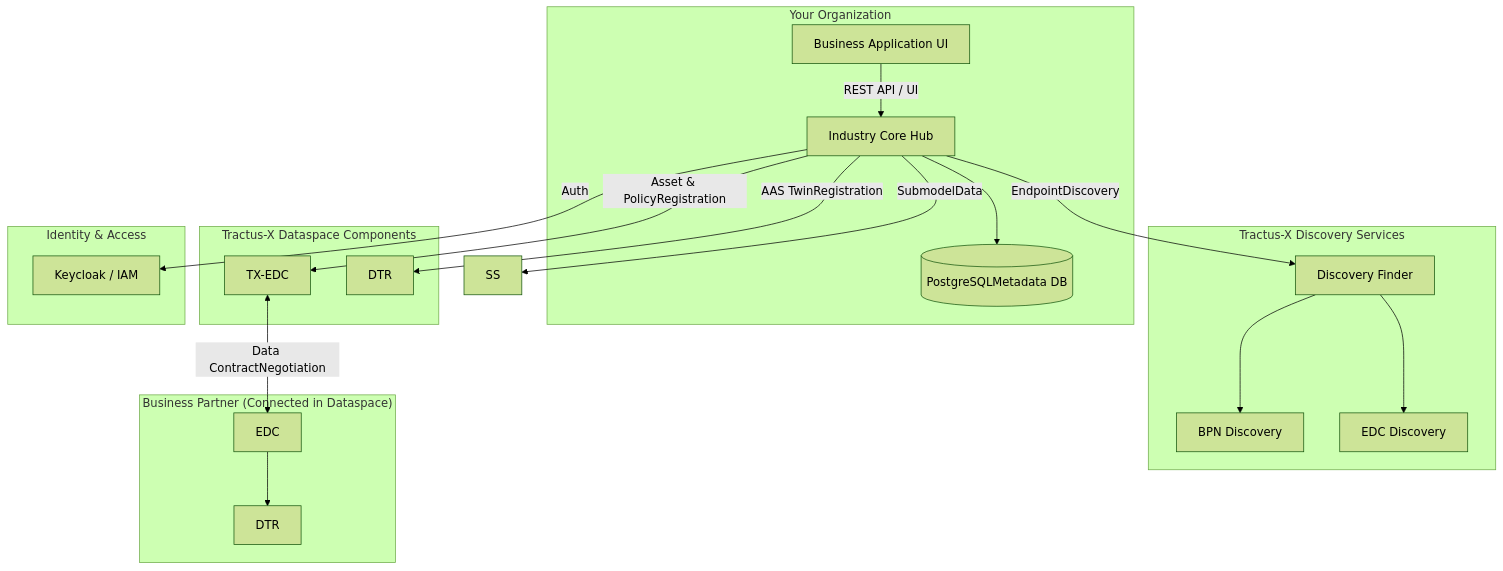
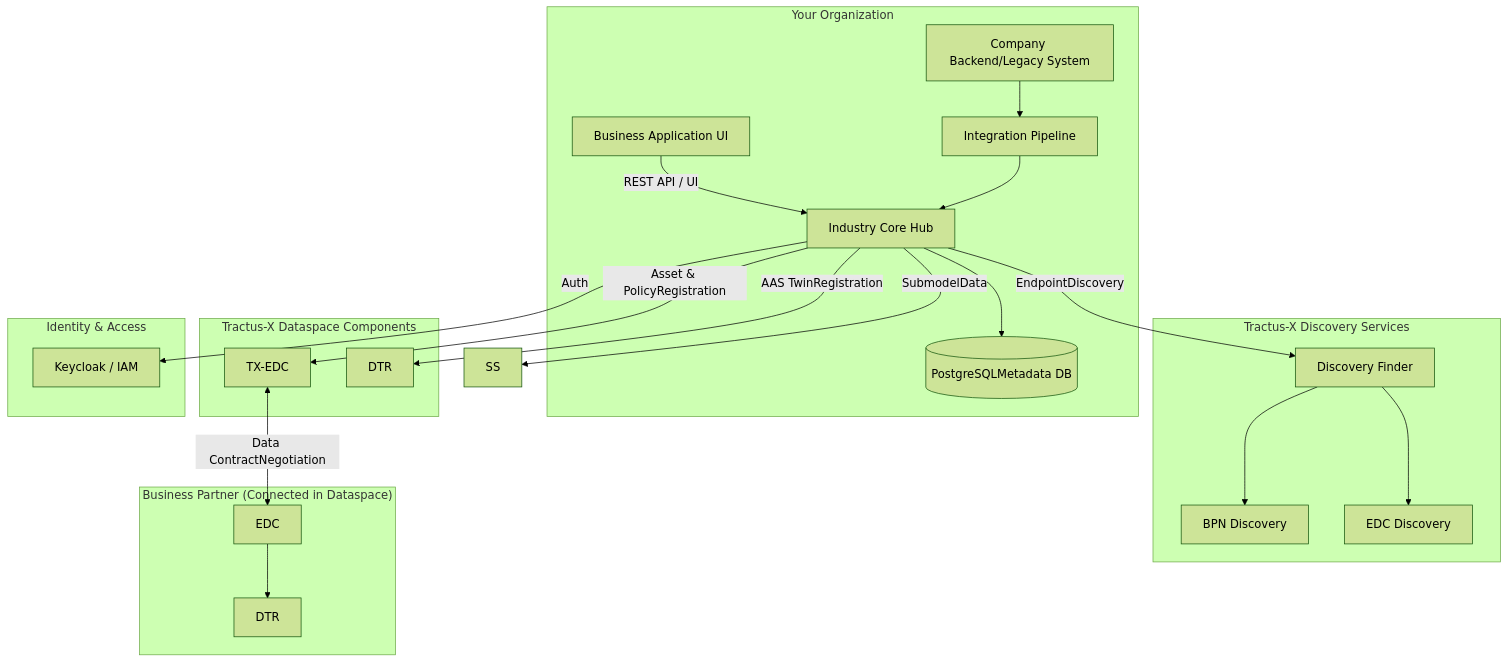
One commit to jalvaro-lks/industry-core-hub changed the first of 7 diagrams in README.md. Above: the diagram before and after it, drawn with Mermaid (forest theme).

Commit message:
docs: defined integration tech

````diff
--- a/README.md
+++ b/README.md
@@ -116,40 +116,44 @@
 ```mermaid
 graph TB
     subgraph "Your Organization"
+        BACK["Company Backend/Legacy System"]
+        PIP["Integration Pipeline"]
         APP["Business Application UI"]
         ICH["Industry Core Hub"]
         DB[("PostgreSQLMetadata DB")]
     end
 
     subgraph "Tractus-X Dataspace Components"
         EDC["TX-EDC"]
         DTR["DTR"]
     end
 
     subgraph "Tractus-X Discovery Services"
         DF["Discovery Finder"]
         BPND["BPN Discovery"]
         EDCD["EDC Discovery"]
     end
 
     subgraph "Identity & Access"
         KC["Keycloak / IAM"]
     end
 
     subgraph "Business Partner (Connected in Dataspace)"
         PEDC["EDC"]
         PDTR["DTR"]
     end
 
     APP -- "REST API / UI" --> ICH
     ICH --> DB
     ICH -- "Asset & PolicyRegistration" --> EDC
     ICH -- "AAS TwinRegistration" --> DTR
     ICH -- "SubmodelData" --> SS
     ICH -- "EndpointDiscovery" --> DF
     DF --> BPND
     DF --> EDCD
+    BACK --> PIP
+    PIP --> ICH
     ICH -- "Auth" --> KC
     EDC <-- "Data ContractNegotiation" --> PEDC
     PEDC --> PDTR
 ```
````
